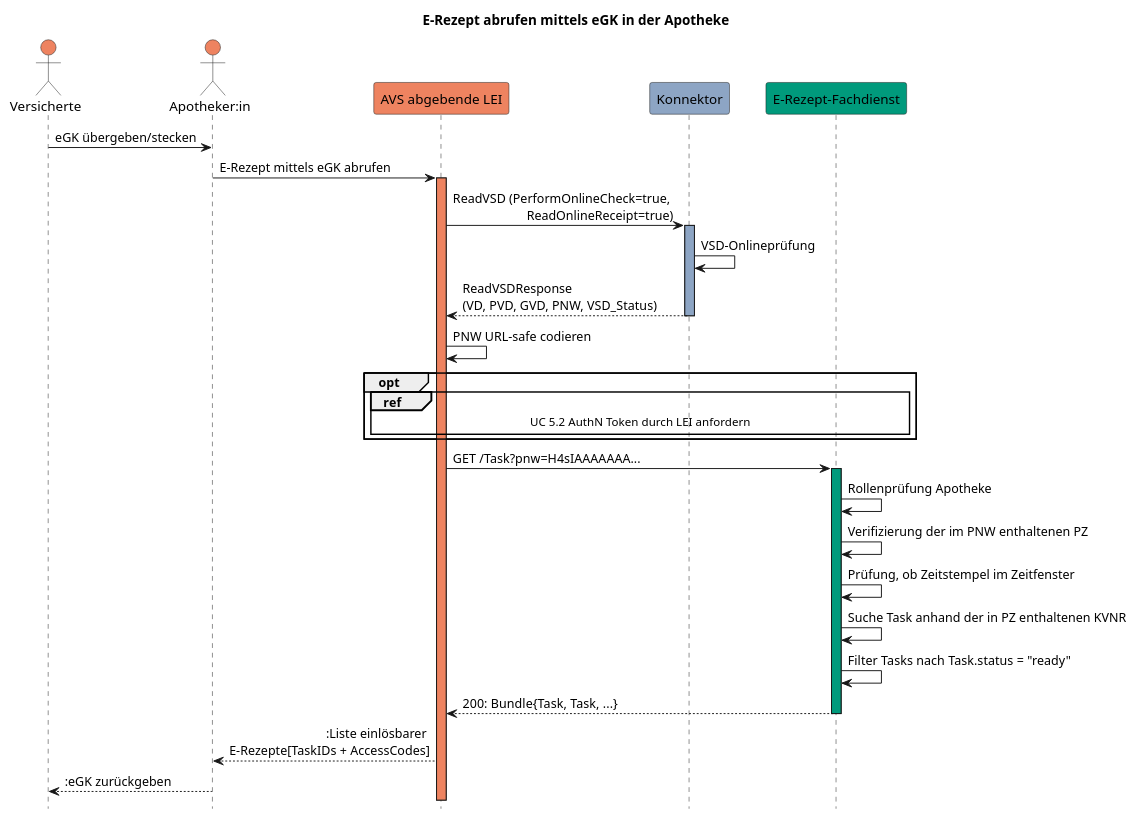
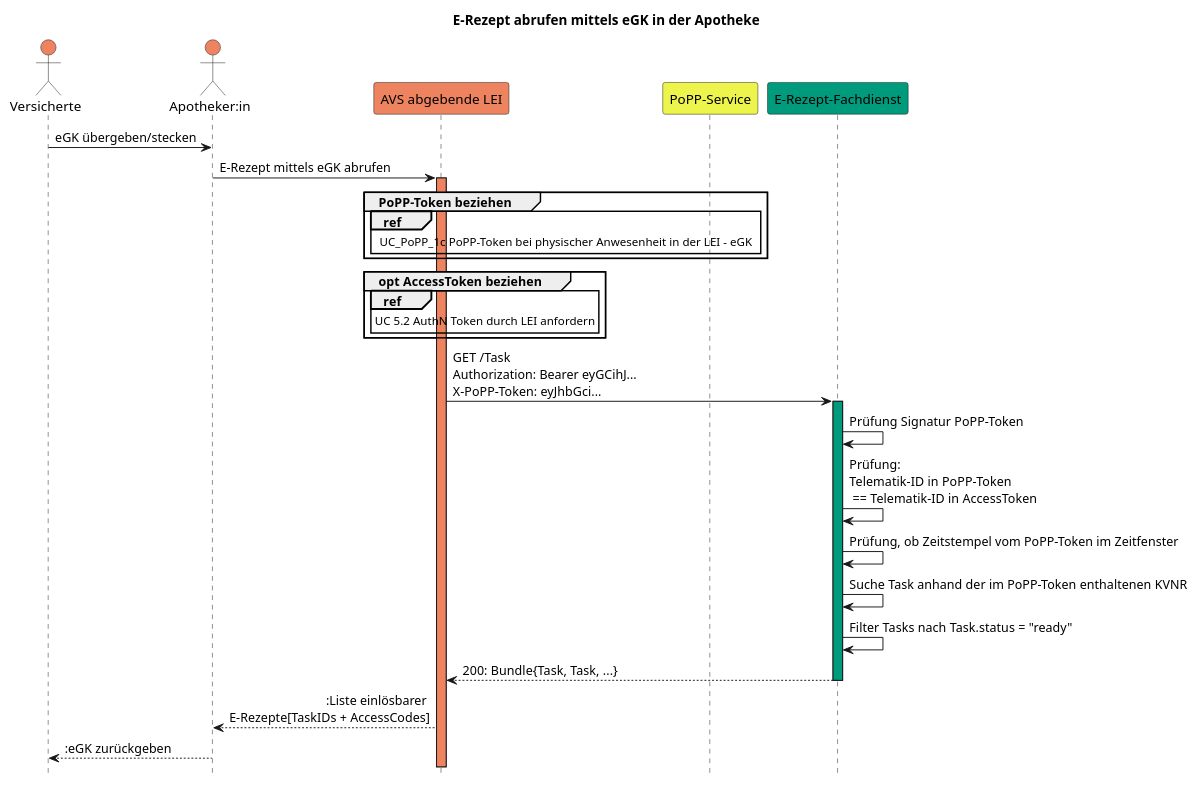
Before and after one commit to gematik/api-erp: the diagram in puml/egk_abrufen_popp.puml, drawn with PlantUML. The commit also changed 4 other files, not shown here.

```diff
--- a/puml/egk_abrufen_popp.puml
+++ b/puml/egk_abrufen_popp.puml
@@ -1,38 +1,38 @@
 @startuml egk_abrufen
 hide footbox
 title E-Rezept abrufen mittels eGK in der Apotheke
 actor Vers as "Versicherte" #ee8360
 actor LE as "Apotheker:in" #ee8360
 participant AVS as "AVS abgebende LEI" #ee8360
-participant Konnektor #8da5c4
+participant popp as "PoPP-Service" #edf54cff
 participant FD as "E-Rezept-Fachdienst" #009a7c
 
 Vers -> LE: eGK übergeben/stecken
 LE -> AVS: E-Rezept mittels eGK abrufen
     activate AVS #ee8360
-AVS -> Konnektor: ReadVSD (PerformOnlineCheck=true, \rReadOnlineReceipt=true)
-    activate Konnektor #8da5c4
-Konnektor -> Konnektor: VSD-Onlineprüfung
-Konnektor --> AVS: ReadVSDResponse \n(VD, PVD, GVD, PNW, VSD_Status)
-    deactivate Konnektor
-AVS -> AVS: PNW URL-safe codieren
 
-group opt
-    ref over AVS, Konnektor, FD
+group PoPP-Token beziehen
+    ref over AVS, popp
+        UC_PoPP_1c PoPP-Token bei physischer Anwesenheit in der LEI - eGK
+    end ref
+end
+
+group opt AccessToken beziehen
+    ref over AVS
         UC 5.2 AuthN Token durch LEI anfordern
     end ref
 end
 
-AVS -> FD:  GET /Task?pnw=H4sIAAAAAAA...
+AVS -> FD:  GET /Task\nAuthorization: Bearer eyGCihJ...\nX-PoPP-Token: eyJhbGci...
     activate FD #009a7c
-FD -> FD: Rollenprüfung Apotheke
-FD -> FD: Verifizierung der im PNW enthaltenen PZ
-FD -> FD: Prüfung, ob Zeitstempel im Zeitfenster
-FD -> FD: Suche Task anhand der in PZ enthaltenen KVNR
+FD -> FD: Prüfung Signatur PoPP-Token
+FD -> FD: Prüfung:\nTelematik-ID in PoPP-Token\n == Telematik-ID in AccessToken
+FD -> FD: Prüfung, ob Zeitstempel vom PoPP-Token im Zeitfenster
+FD -> FD: Suche Task anhand der im PoPP-Token enthaltenen KVNR
 FD -> FD: Filter Tasks nach Task.status = "ready"
 FD --> AVS: 200: Bundle{Task, Task, ...}
     deactivate FD
 
 AVS --> LE: :Liste einlösbarer \rE-Rezepte[TaskIDs + AccessCodes]
 LE --> Vers: :eGK zurückgeben
 @enduml
```
